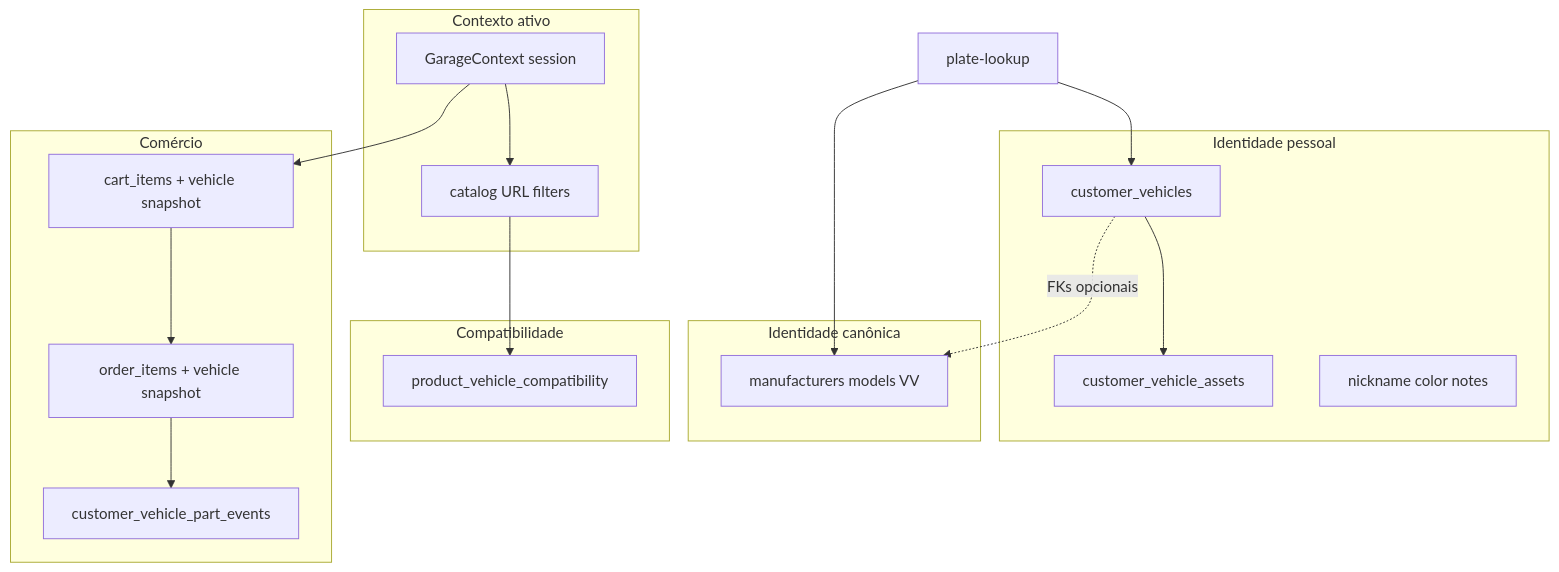
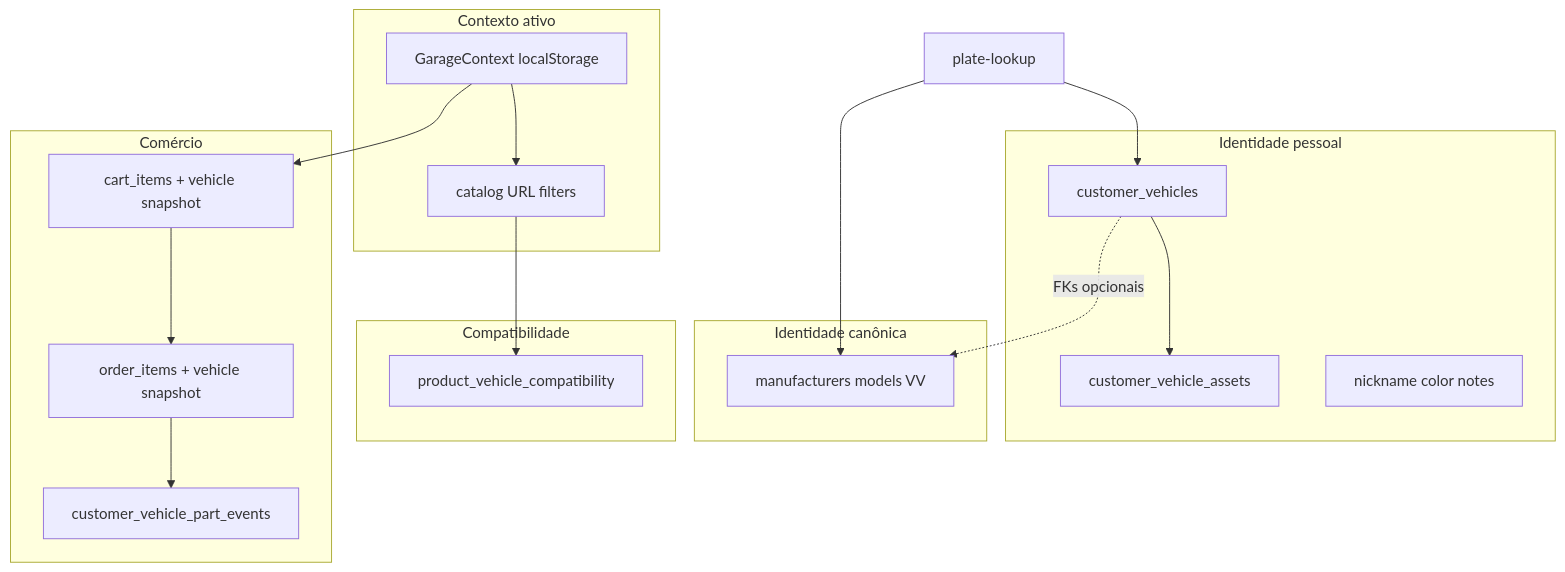
One commit to efe777-creator/FAL-PECAS-AUTOMOTIVAS changed the second of 3 diagrams in docs/planejamento/FAL_PLANO1_MINHA_GARAGEM_FUNDACAO_EXPERIENCIA_2026-11-18.md. Above: the diagram before and after it, drawn with Mermaid. The commit also changed other lines of this file, not shown here.

First line of the commit message:
docs(plano1): revisao eFe R1-R8 (ativo localStorage, snapshot, compat)

````diff
--- a/docs/planejamento/FAL_PLANO1_MINHA_GARAGEM_FUNDACAO_EXPERIENCIA_2026-11-18.md
+++ b/docs/planejamento/FAL_PLANO1_MINHA_GARAGEM_FUNDACAO_EXPERIENCIA_2026-11-18.md
@@ -155,32 +157,32 @@
 ```mermaid
 flowchart TB
   subgraph pessoal [Identidade pessoal]
     CV[customer_vehicles]
     assets[customer_vehicle_assets]
     notes[nickname color notes]
   end
   subgraph canonico [Identidade canônica]
     M[manufacturers models VV]
   end
   subgraph tech [Compatibilidade]
     PVC[product_vehicle_compatibility]
   end
   subgraph contexto [Contexto ativo]
-    GC[GarageContext session]
+    GC[GarageContext localStorage]
     URL[catalog URL filters]
   end
   subgraph commerce [Comércio]
     cart[cart_items + vehicle snapshot]
     oi[order_items + vehicle snapshot]
     hist[customer_vehicle_part_events]
   end
   placa[plate-lookup] --> M
   placa --> CV
   CV -.->|FKs opcionais| M
   GC --> URL
   URL --> PVC
   GC --> cart
   cart --> oi
   oi --> hist
   CV --> assets
 ```
````
